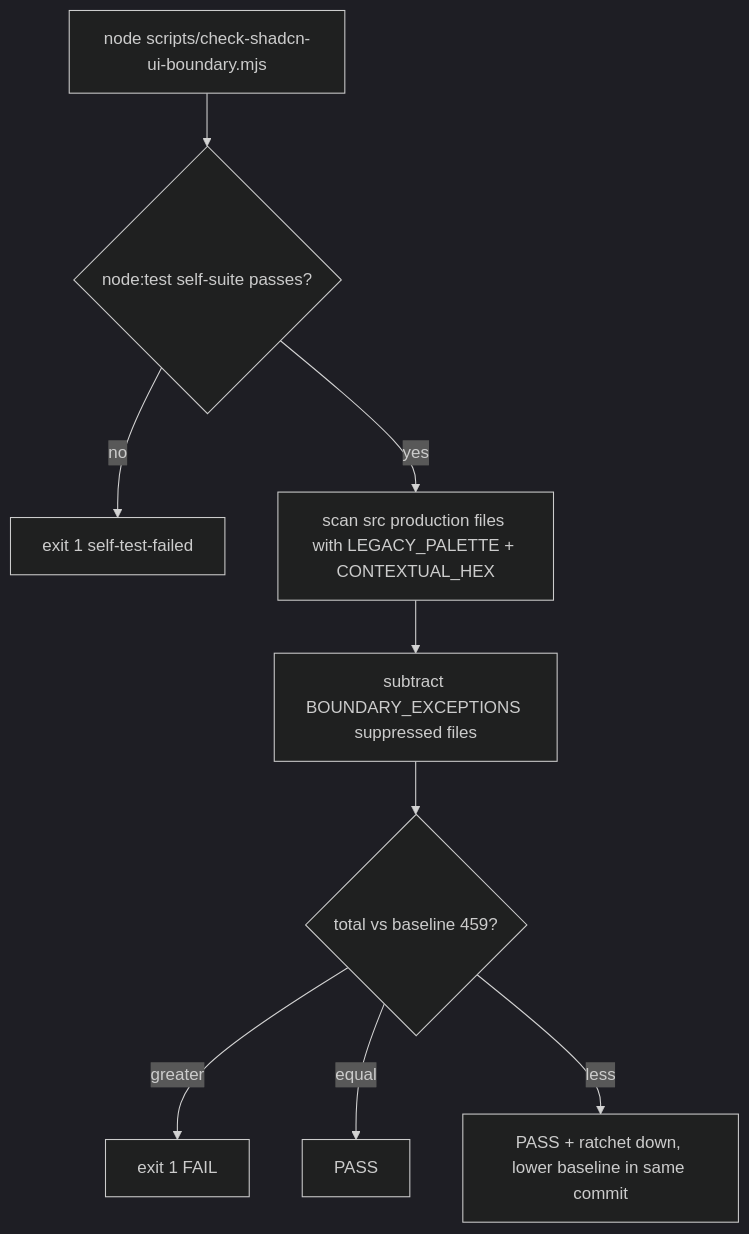
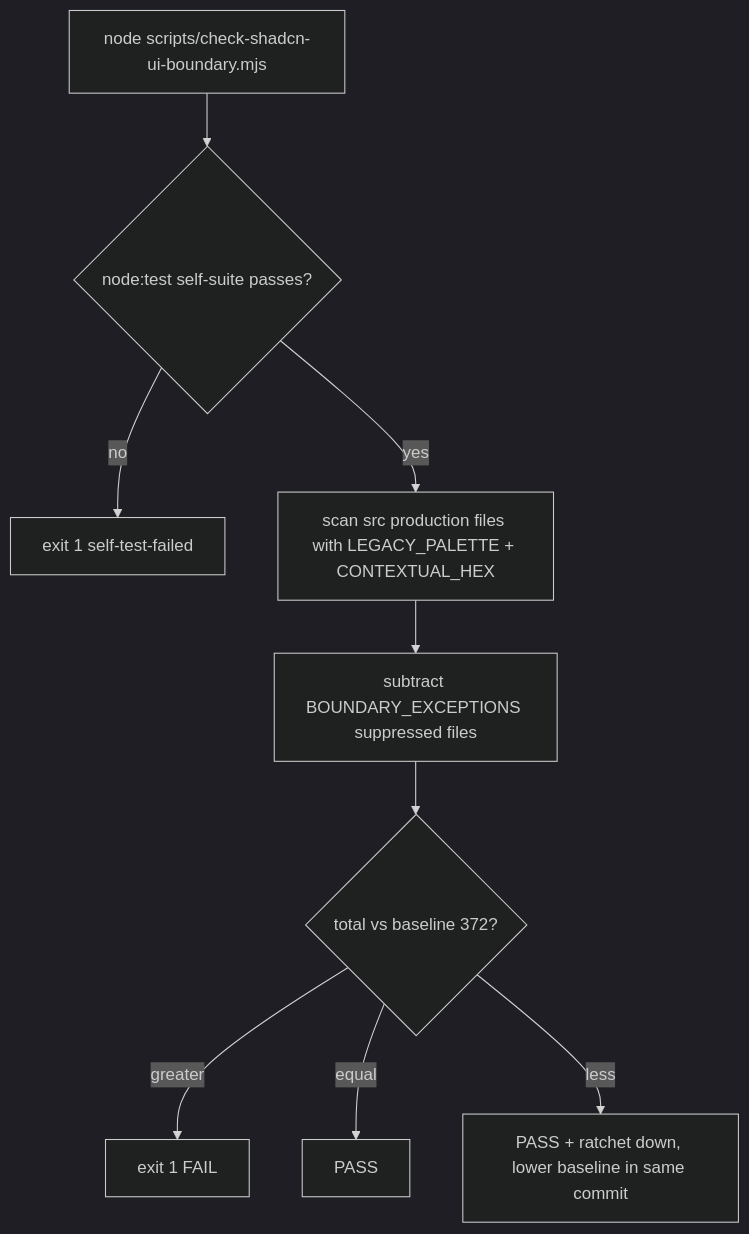
One commit to salacoste/wb-erp-system-daytona-FE changed the diagram in openwiki/conventions-and-quality.md. Above: the diagram before and after it, drawn with Mermaid (dark theme). The commit also changed other lines of this file and 18 other files, not shown here.

````diff
--- a/openwiki/conventions-and-quality.md
+++ b/openwiki/conventions-and-quality.md
@@ -210,11 +221,11 @@
 ```mermaid
 flowchart TD
     A["node scripts/check-shadcn-ui-boundary.mjs"] --> B{"node:test self-suite passes?"}
     B -- no --> F["exit 1 self-test-failed"]
     B -- yes --> C["scan src production files with LEGACY_PALETTE + CONTEXTUAL_HEX"]
     C --> D["subtract BOUNDARY_EXCEPTIONS suppressed files"]
-    D --> E{"total vs baseline 459?"}
+    D --> E{"total vs baseline 372?"}
     E -- greater --> G["exit 1 FAIL"]
     E -- equal --> H["PASS"]
     E -- less --> I["PASS + ratchet down, lower baseline in same commit"]
 ```
````
